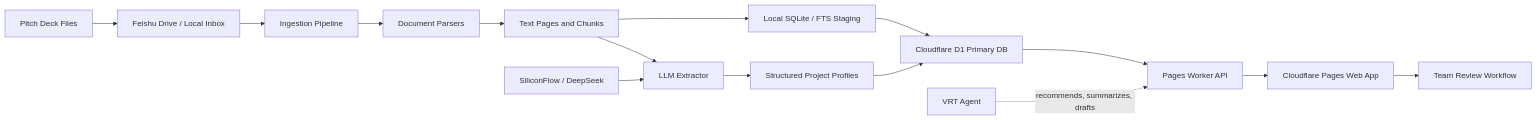
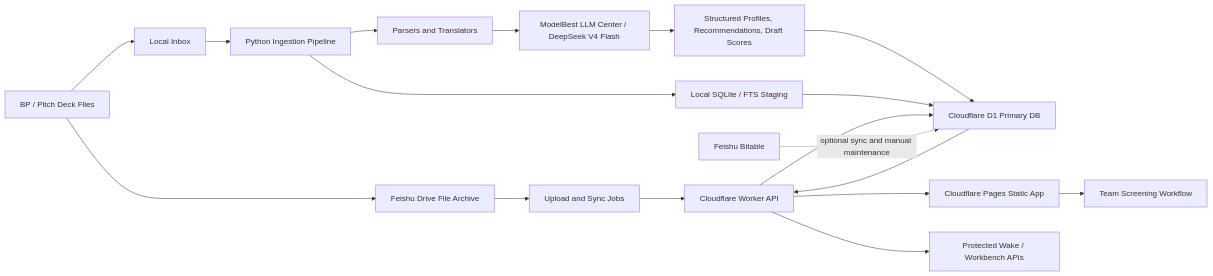
The diagram in README.md (zfyaryan-wq/bp-screener), drawn with Mermaid before and after one commit. The commit also changed other lines of this file and 1 other file, not shown here.

Commit message:
Update technical architecture docs

````diff
--- a/README.md
+++ b/README.md
@@ -29,18 +29,21 @@
 ```mermaid
 flowchart LR
-    A[Pitch Deck Files] --> B[Feishu Drive / Local Inbox]
-    B --> C[Ingestion Pipeline]
-    C --> D[Document Parsers]
-    D --> E[Text Pages and Chunks]
-    E --> F[LLM Extractor]
-    E --> G[Local SQLite / FTS Staging]
-    F --> H[Structured Project Profiles]
-    H --> I[Cloudflare D1 Primary DB]
-    G --> I
-    I --> J[Pages Worker API]
-    J --> K[Cloudflare Pages Web App]
-    K --> L[Team Review Workflow]
+    A[BP / Pitch Deck Files] --> B[Feishu Drive File Archive]
+    A --> C[Local Inbox]
+    B --> D[Upload and Sync Jobs]
+    C --> E[Python Ingestion Pipeline]
+    E --> F[Parsers and Translators]
+    D --> I[Cloudflare Worker API]
+    F --> G[ModelBest LLM Center / DeepSeek V4 Flash]
+    G --> H[Structured Profiles, Recommendations, Draft Scores]
+    H --> J[Cloudflare D1 Primary DB]
+    E --> K[Local SQLite / FTS Staging]
+    K --> J
+    I --> J
+    J --> I
+    I --> L[Cloudflare Pages Static App]
+    L --> M[Team Screening Workflow]
+    I --> N[Protected Wake / Workbench APIs]
 
-    M[SiliconFlow / DeepSeek] --> F
-    N[VRT Agent] -. recommends, summarizes, drafts .-> J
+    O[Feishu Bitable] -. optional sync and manual maintenance .-> J
 ```
````
